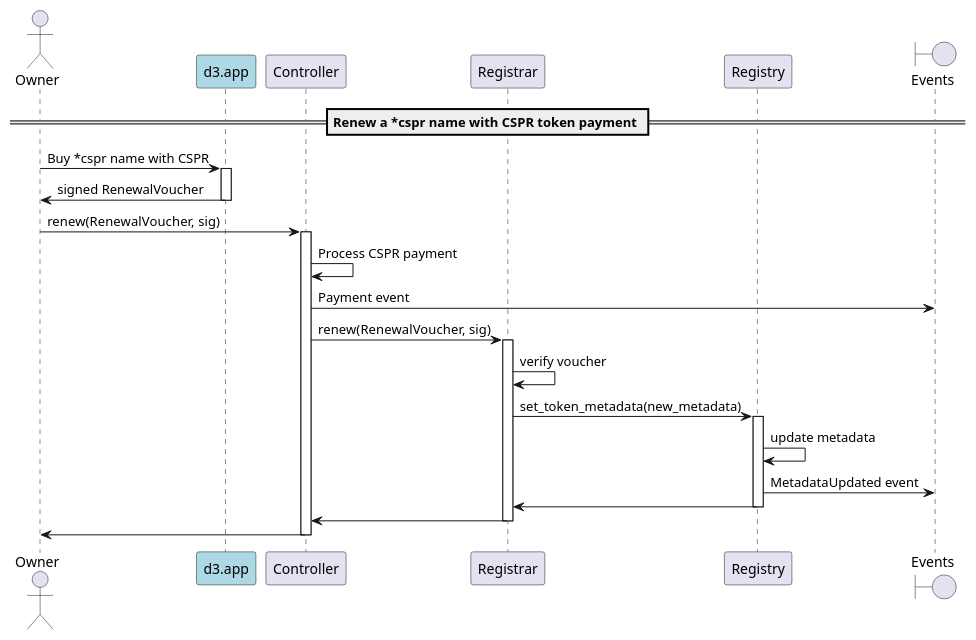
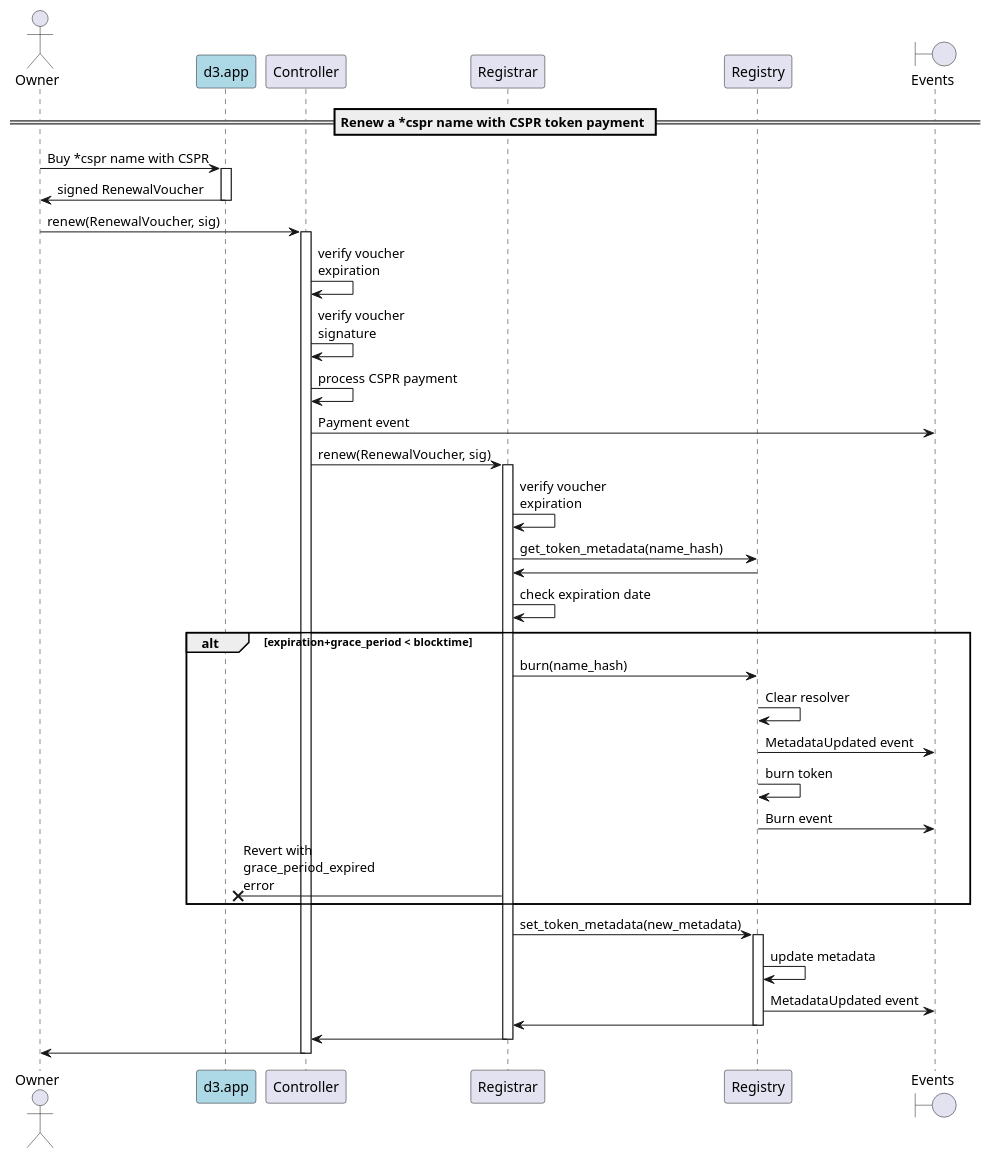
One commit to make-software/cspr-name-contracts changed the diagram in docs/sequence-diagrams/puml/onchain-renewal.puml. Above: the diagram before and after it, drawn with PlantUML. The commit also changed 32 other files, not shown here.

```diff
--- a/docs/sequence-diagrams/puml/onchain-renewal.puml
+++ b/docs/sequence-diagrams/puml/onchain-renewal.puml
@@ -1,37 +1,50 @@
 @startuml
 'https://plantuml.com/sequence-diagram
 
 'autonumber
 actor Owner
 participant "d3.app" as d3 #lightblue
 participant "Controller"
 participant "Registrar"
 participant "Registry"
 boundary "Events"
 
 == Renew a *cspr name with CSPR token payment ==
 
 Owner -> d3: Buy *cspr name with CSPR
 activate d3
 d3 -> Owner: signed RenewalVoucher
 deactivate d3
 
 Owner -> Controller: renew(RenewalVoucher, sig)
 activate Controller
-Controller -> Controller: Process CSPR payment
+Controller -> Controller: verify voucher\nexpiration
+Controller -> Controller: verify voucher\nsignature
+Controller -> Controller: process CSPR payment
 Controller -> "Events": Payment event
 Controller -> Registrar: renew(RenewalVoucher, sig)
 activate Registrar
-Registrar -> Registrar: verify voucher
+Registrar -> Registrar: verify voucher\nexpiration
+Registrar -> Registry: get_token_metadata(name_hash)
+Registry -> Registrar
+Registrar -> Registrar: check expiration date
+alt expiration+grace_period < blocktime
+    Registrar -> Registry: burn(name_hash)
+    Registry -> Registry: Clear resolver
+    Registry -> "Events": MetadataUpdated event
+    Registry -> Registry: burn token
+    Registry -> "Events": Burn event
+    Registrar ->x d3: Revert with\ngrace_period_expired\nerror
+end
 Registrar -> Registry: set_token_metadata(new_metadata)
 activate Registry
 Registry -> Registry: update metadata
 Registry -> "Events": MetadataUpdated event
 Registry -> Registrar
 deactivate Registry
 Registrar -> Controller
 deactivate Registrar
 Controller -> Owner
 deactivate Controller
 
 @enduml
```
